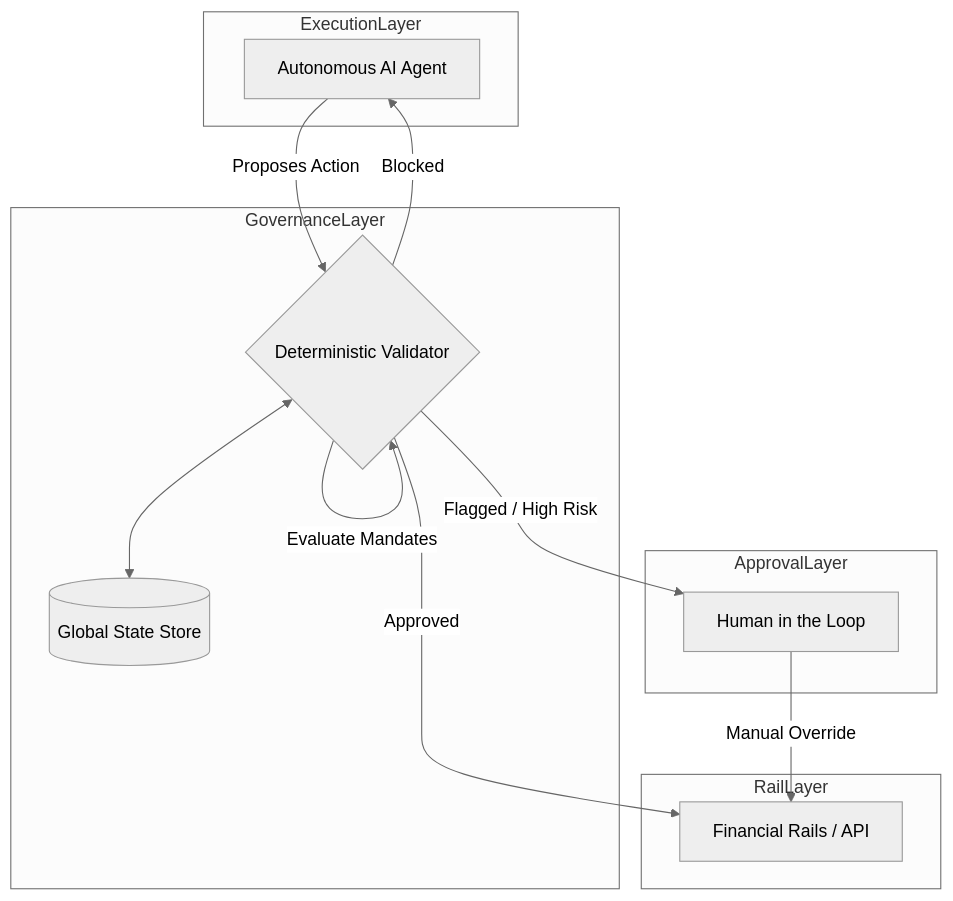
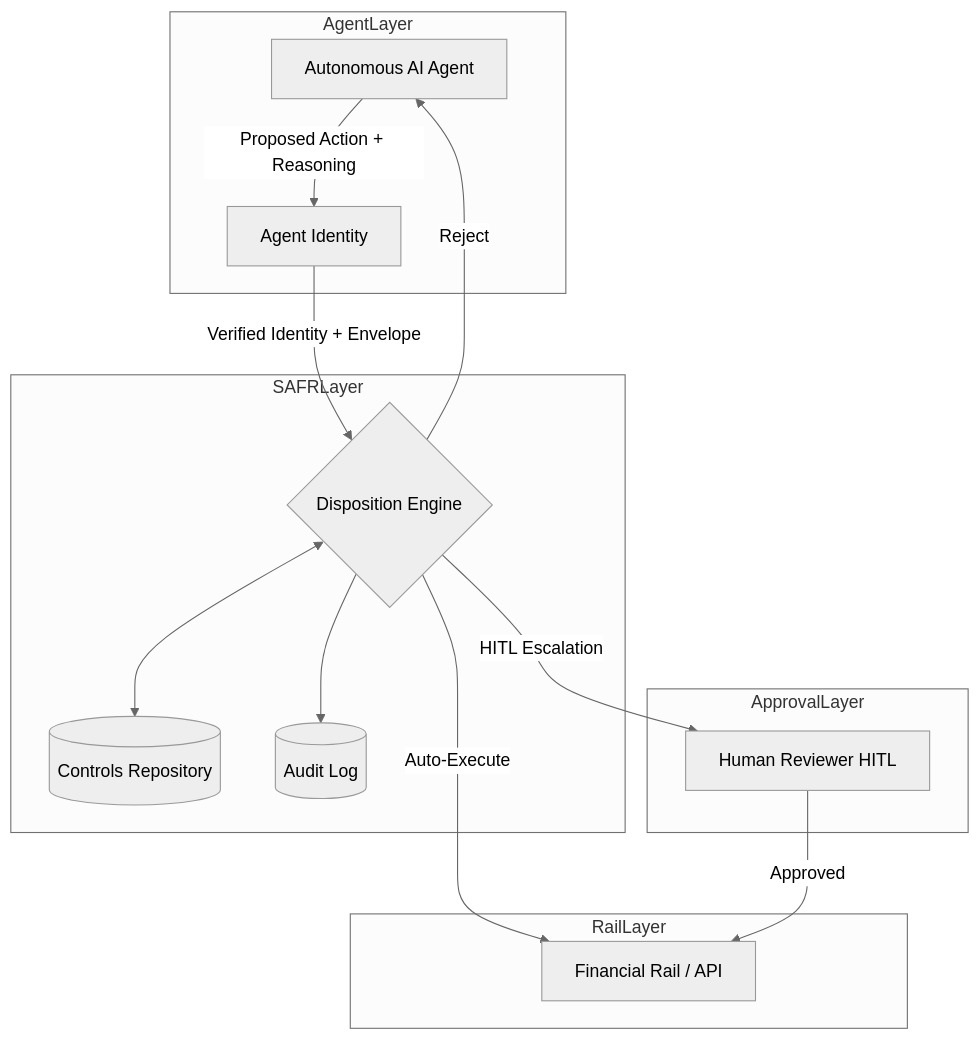
Before and after one commit to aetherllama/fagf-fs-core: the first of 2 diagrams in SPECIFICATION.md, drawn with Mermaid (neutral theme). The commit also changed other lines of this file and 1 other file, not shown here.

````diff
--- a/SPECIFICATION.md
+++ b/SPECIFICATION.md
@@ -42,27 +74,30 @@
 ```mermaid
 graph TD
-    subgraph ExecutionLayer
+    subgraph AgentLayer
         A[Autonomous AI Agent]
-    end
-    
-    subgraph GovernanceLayer
-        V{Deterministic Validator}
-        S[(Global State Store)]
-        V <--> S
-    end
-    
-    subgraph ApprovalLayer
-        H[Human in the Loop]
-    end
-    
-    subgraph RailLayer
-        R[Financial Rails / API]
+        AI[Agent Identity]
     end
 
-    A -- "Proposes Action" --> V
-    V -- "Evaluate Mandates" --> V
-    V -- "Approved" --> R
-    V -- "Flagged / High Risk" --> H
-    H -- "Manual Override" --> R
-    V -- "Blocked" --> A
+    subgraph SAFRLayer
+        CR[(Controls Repository)]
+        DE{Disposition Engine}
+        AL[(Audit Log)]
+        DE <--> CR
+        DE --> AL
+    end
+
+    subgraph ApprovalLayer
+        H[Human Reviewer HITL]
+    end
+
+    subgraph RailLayer
+        R[Financial Rail / API]
+    end
+
+    A -- "Proposed Action + Reasoning" --> AI
+    AI -- "Verified Identity + Envelope" --> DE
+    DE -- "Auto-Execute" --> R
+    DE -- "HITL Escalation" --> H
+    H -- "Approved" --> R
+    DE -- "Reject" --> A
 ```
````
